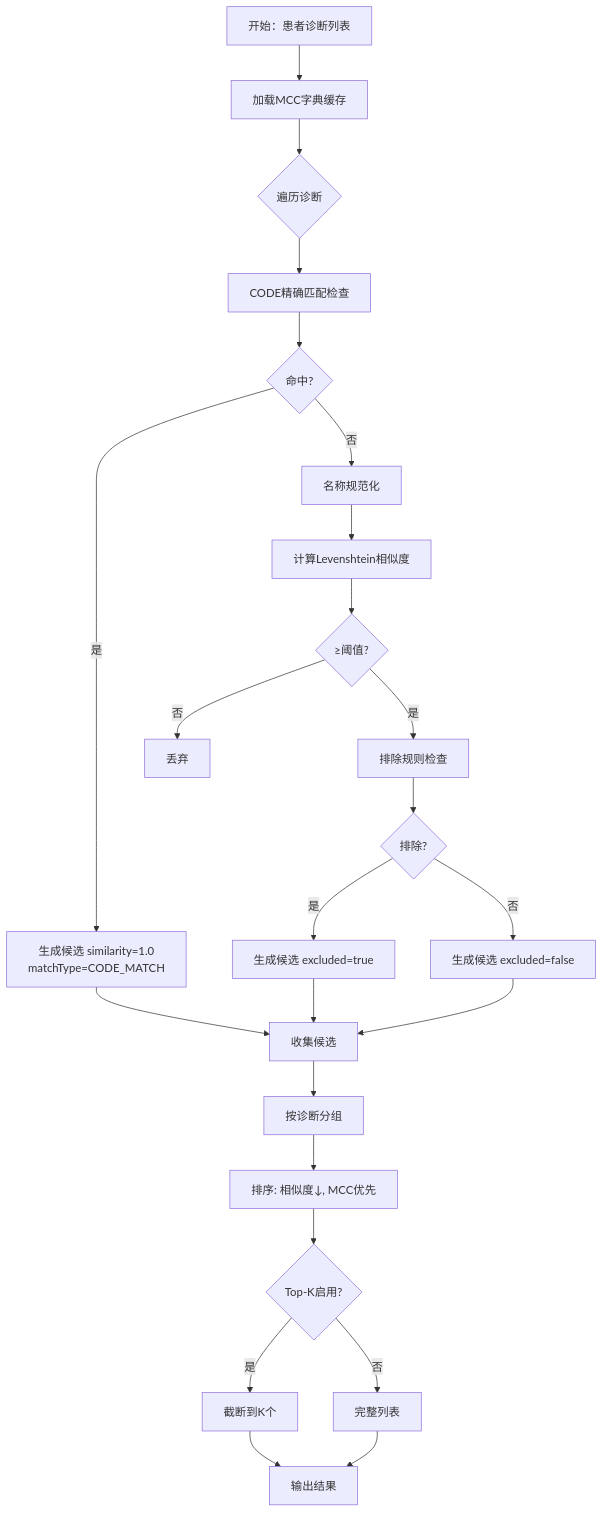
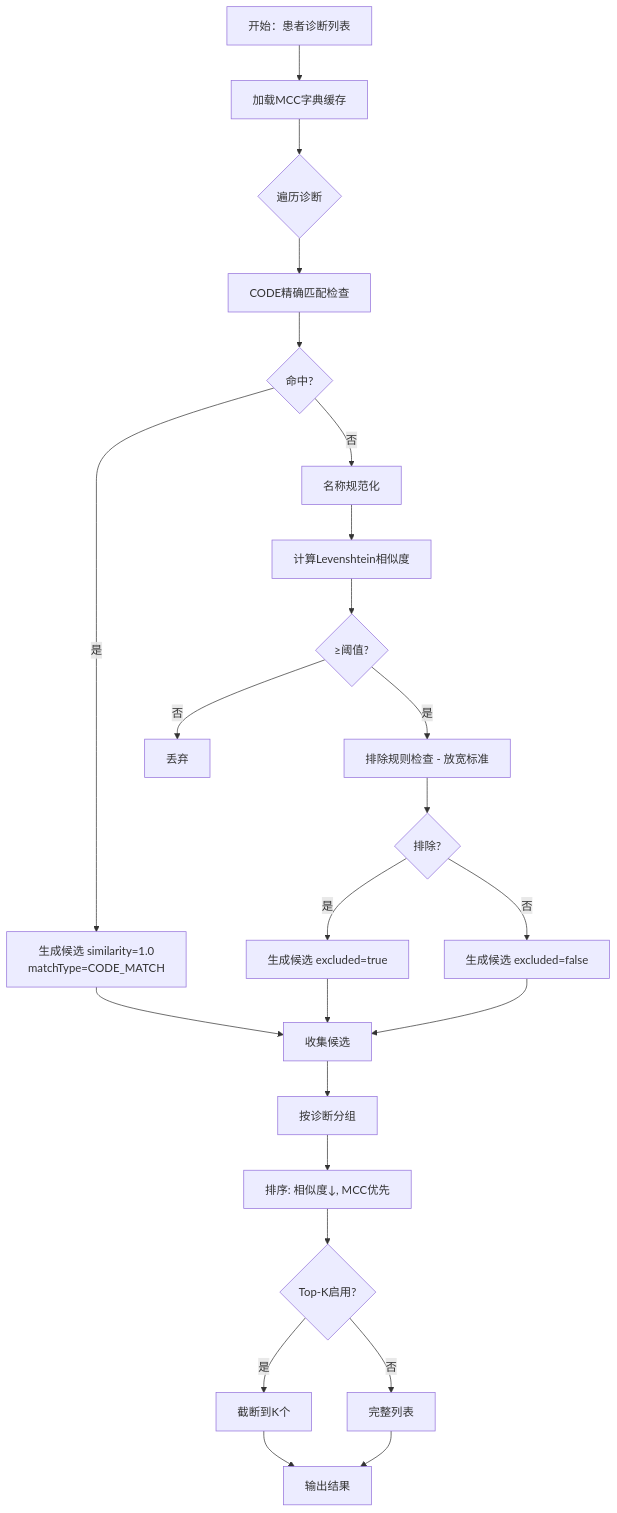
The third of 10 diagrams in .qoder/repowiki/zh/content/核心功能模块/MCC分析系统.md (liuzh2008/med_ai_assistant_workspace), drawn with Mermaid before and after one commit. The commit also changed other lines of this file and 2 other files, not shown here.

````diff
--- a/.qoder/repowiki/zh/content/核心功能模块/MCC分析系统.md
+++ b/.qoder/repowiki/zh/content/核心功能模块/MCC分析系统.md
@@ -199,26 +223,26 @@
 ```mermaid
 flowchart TD
 A[开始：患者诊断列表] --> B[加载MCC字典缓存]
 B --> C{遍历诊断}
 C --> D[CODE精确匹配检查]
 D --> E{命中?}
 E --> |是| F[生成候选 similarity=1.0<br/>matchType=CODE_MATCH]
 E --> |否| G[名称规范化]
 G --> H[计算Levenshtein相似度]
 H --> I{≥阈值?}
-I --> |是| J[排除规则检查]
+I --> |是| J[排除规则检查 - 放宽标准]
 I --> |否| K[丢弃]
 J --> L{排除?}
 L --> |是| M[生成候选 excluded=true]
 L --> |否| N[生成候选 excluded=false]
 F --> O[收集候选]
 M --> O
 N --> O
 O --> P[按诊断分组]
 P --> Q[排序: 相似度↓, MCC优先]
 Q --> R{Top-K启用?}
 R --> |是| S[截断到K个]
 R --> |否| T[完整列表]
 S --> U[输出结果]
 T --> U
 ```
````
